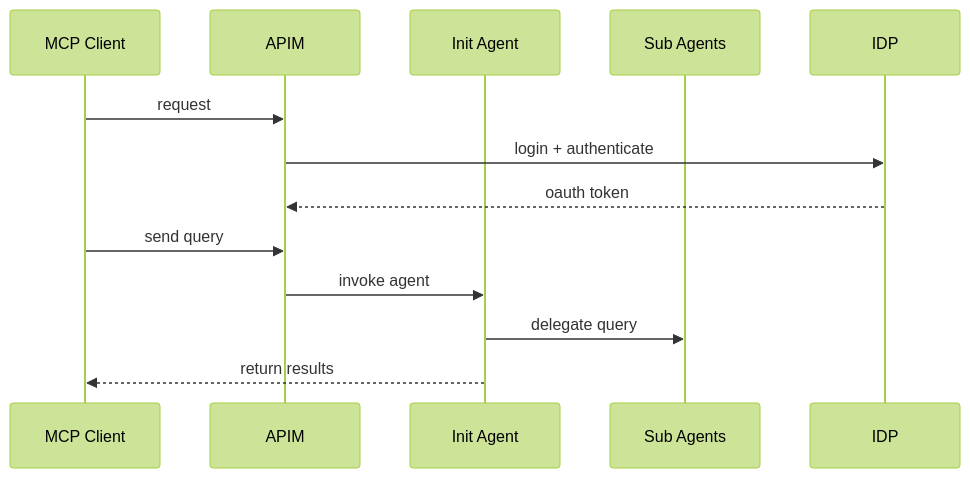
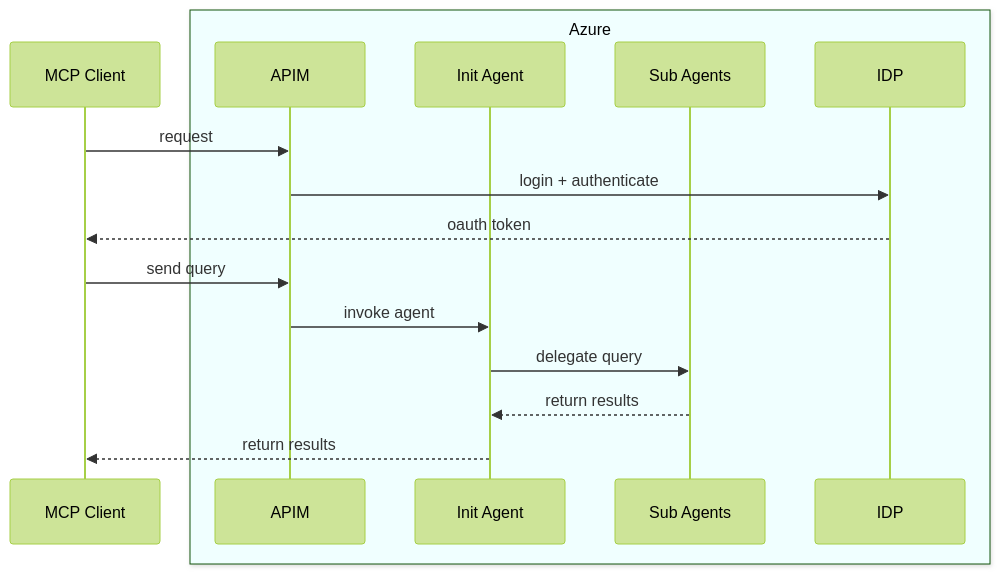
One commit to sohamda/fantasy-football changed the second of 2 diagrams in README.md. Above: the diagram before and after it, drawn with Mermaid (forest theme). The commit also changed other lines of this file and 3 other files, not shown here.

Commit message:
update diagrams

````diff
--- a/README.md
+++ b/README.md
@@ -38,18 +37,21 @@
 ```mermaid
 
- sequenceDiagram
+sequenceDiagram
     participant MCP_Client as MCP Client
-    participant APIM
-    participant Init-Agent as Init Agent
-    participant Sub_Agents as Sub Agents
-    participant IDP
+    box Azure Azure
+        participant APIM
+        participant Init-Agent as Init Agent
+        participant Sub_Agents as Sub Agents
+        participant IDP
+    end
 
     MCP_Client->>APIM: request
     APIM->>IDP: login + authenticate
-    IDP-->>APIM: oauth token
+    IDP-->>MCP_Client: oauth token
     MCP_Client->>APIM: send query
     APIM->>Init-Agent: invoke agent
     Init-Agent->>Sub_Agents: delegate query
+    Sub_Agents-->>Init-Agent: return results
     Init-Agent-->>MCP_Client: return results 
 
 ```
````
